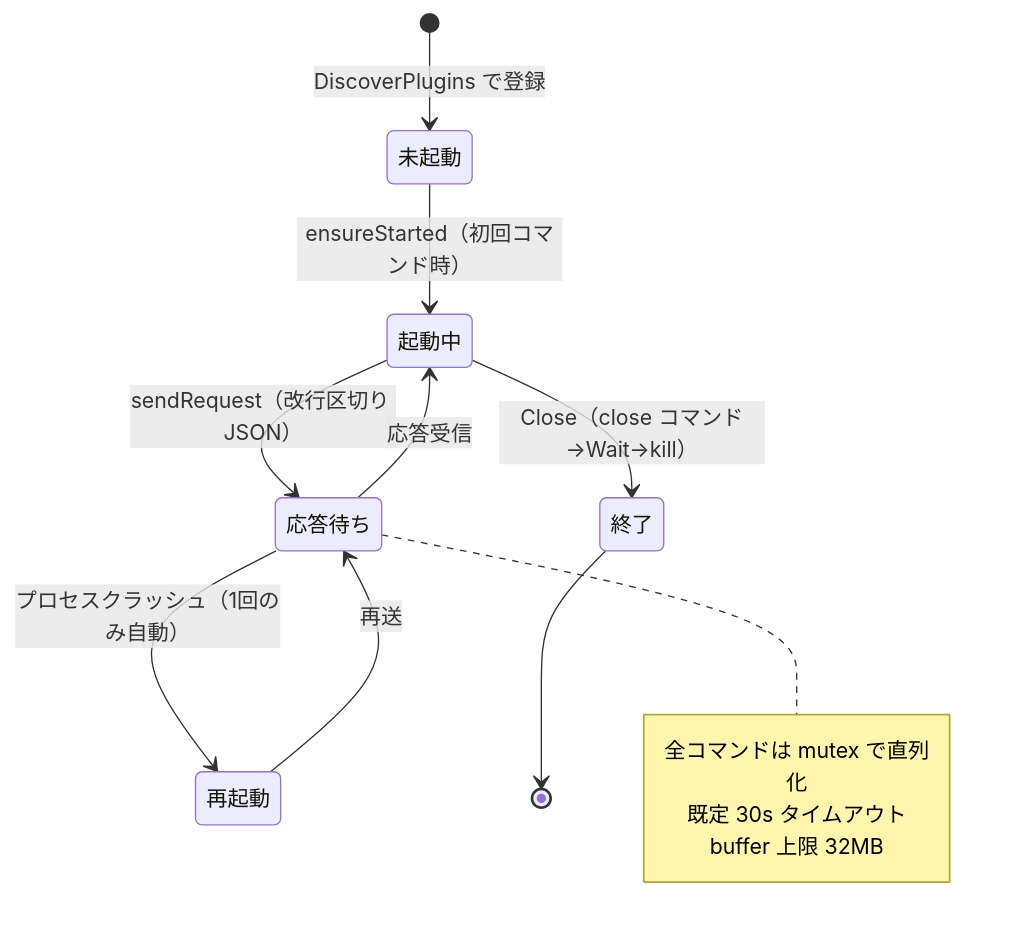
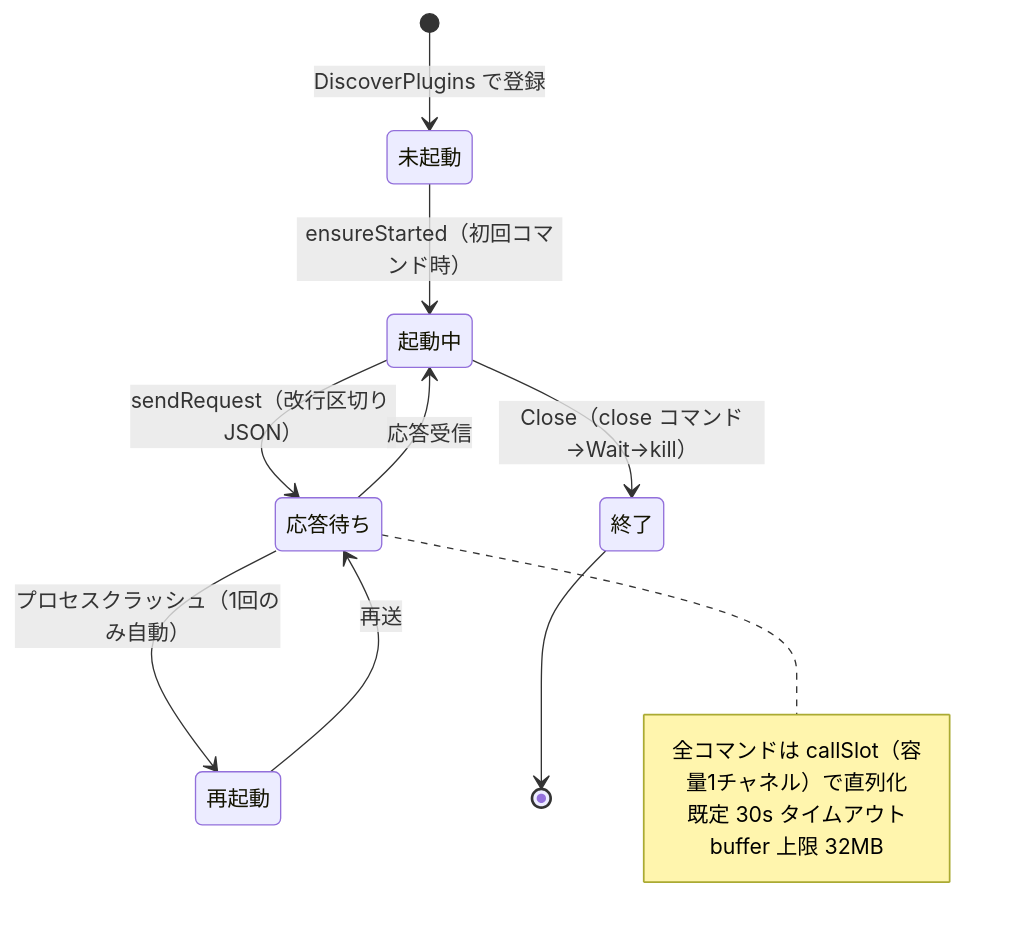
One commit to mt3hr/gkill changed diagram 23 of 25 in documents/reverse/scenario.md. Above: the diagram before and after it, drawn with Mermaid. The commit also changed other lines of this file and 220 other files, not shown here.

````diff
--- a/documents/reverse/scenario.md
+++ b/documents/reverse/scenario.md
@@ -743,16 +756,16 @@
 ```mermaid
 stateDiagram-v2
     [*] --> 未起動: DiscoverPlugins で登録
     未起動 --> 起動中: ensureStarted（初回コマンド時）
     起動中 --> 応答待ち: sendRequest（改行区切り JSON）
     応答待ち --> 起動中: 応答受信
     応答待ち --> 再起動: プロセスクラッシュ（1回のみ自動）
     再起動 --> 応答待ち: 再送
     起動中 --> 終了: Close（close コマンド→Wait→kill）
     終了 --> [*]
     note right of 応答待ち
-        全コマンドは mutex で直列化
+        全コマンドは callSlot（容量1チャネル）で直列化
         既定 30s タイムアウト
         buffer 上限 32MB
     end note
 ```
````
